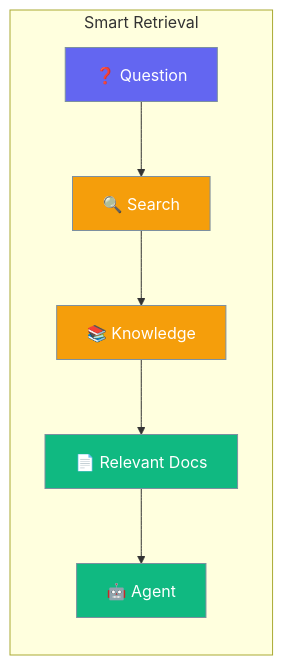
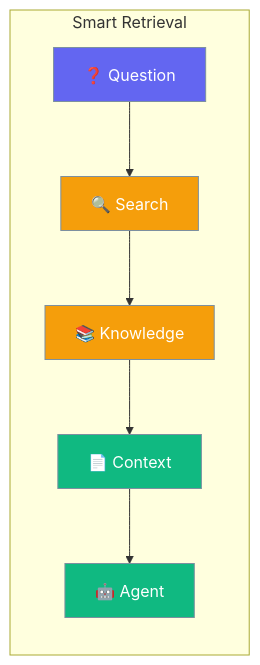
Before and after one commit to MervinPraison/PraisonAIDocs: the first of 2 diagrams in docs/js/retrieval.mdx, drawn with Mermaid. The commit also changed other lines of this file and 30 other files, not shown here.

````diff
--- a/docs/js/retrieval.mdx
+++ b/docs/js/retrieval.mdx
@@ -10,17 +10,17 @@
 ```mermaid
 graph LR
     subgraph "Smart Retrieval"
         A[❓ Question] --> B[🔍 Search]
         B --> C[📚 Knowledge]
-        C --> D[📄 Relevant Docs]
+        C --> D[📄 Context]
         D --> E[🤖 Agent]
     end
     
     classDef question fill:#6366F1,stroke:#7C90A0,color:#fff
     classDef search fill:#F59E0B,stroke:#7C90A0,color:#fff
     classDef result fill:#10B981,stroke:#7C90A0,color:#fff
     
     class A question
     class B,C search
     class D,E result
 ```
````
